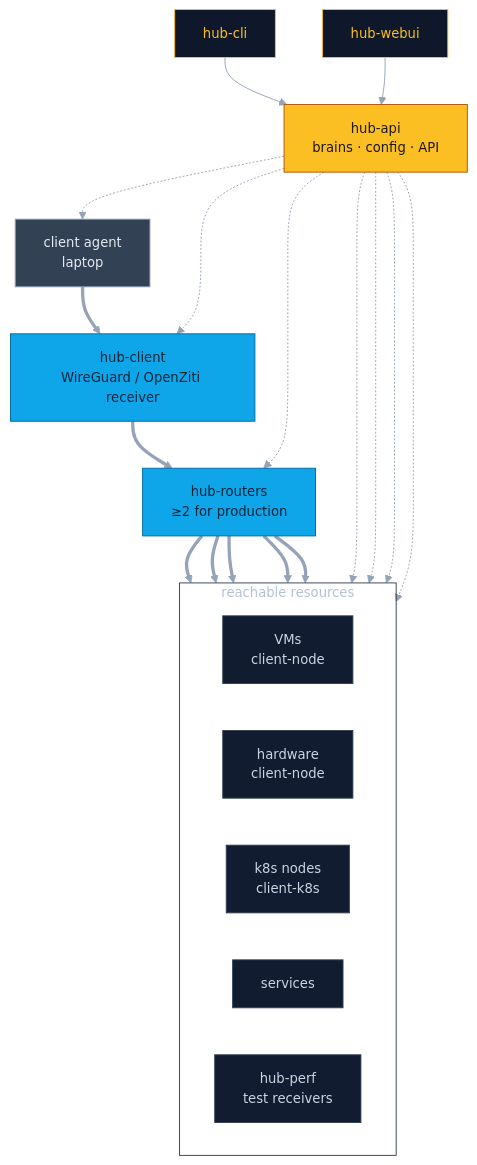
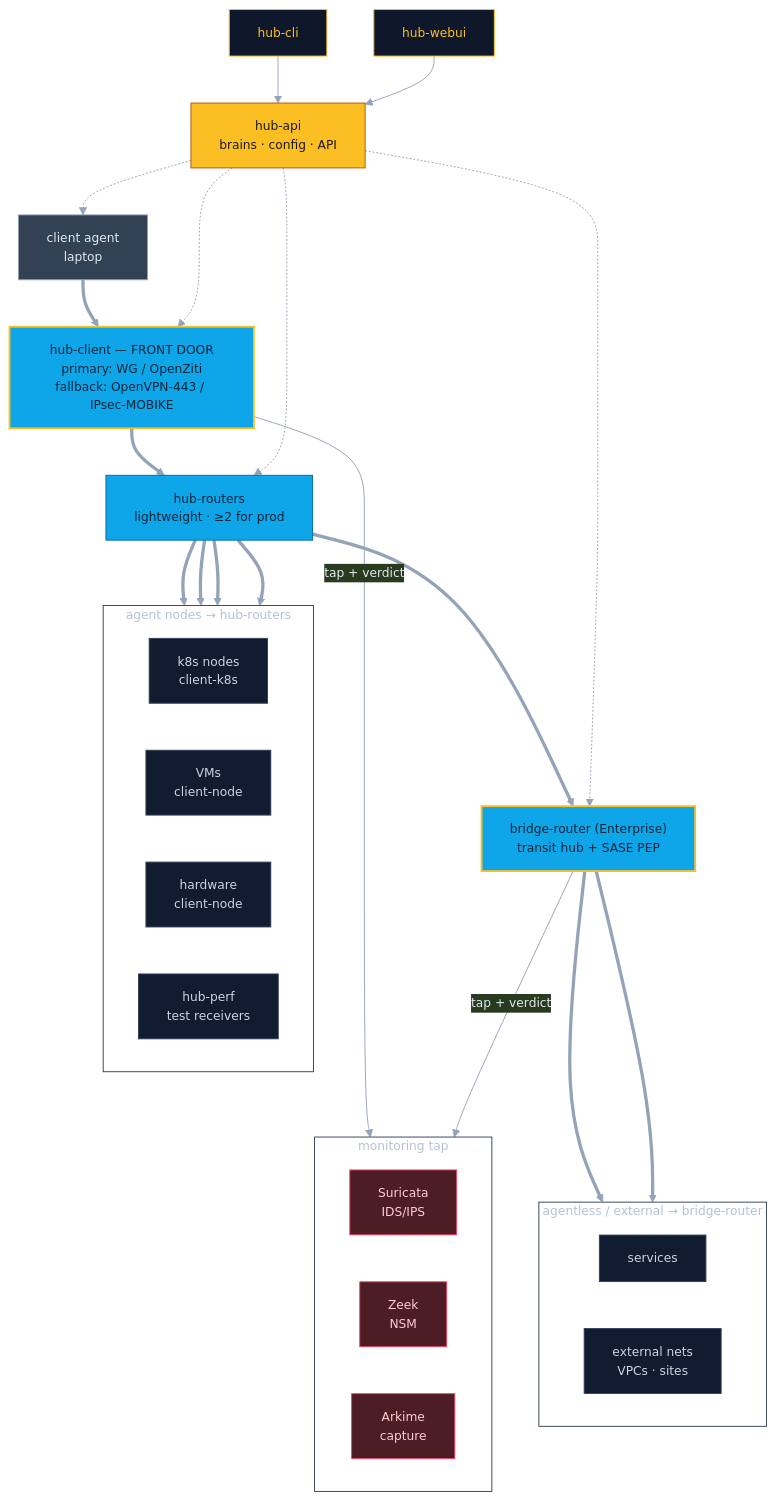
One commit to penguintechinc/tobogganing changed the diagram in docs/architecture/hub-network-topology.md. Above: the diagram before and after it, drawn with Mermaid. The commit also changed other lines of this file and 2 other files, not shown here.

Commit message:
docs(arch): finalize hub-* target architecture + P-A plan
Spec now covers: hub-client front door (primary WG/OpenZiti, fallback
OpenVPN-443/IPsec-MOBIKE; contractors, S2S IPsec, future Guacamole
clientless), bridge-router (Enterprise; NCC/TGW transit + SASE PEP),
lightweight hub-routers, Inspection Point archetype (Envoy or custom
Rust/Go + Suricata/Zeek/Arkime tap), connect-token enrollment (hostile
territory), Gough/Cilium scope boundary. Refresh network diagram. Add
P-A (Quart brain consolidation) implementation plan.

````diff
--- a/docs/architecture/hub-network-topology.md
+++ b/docs/architecture/hub-network-topology.md
@@ -6,48 +6,67 @@
 ```mermaid
-%%{init: {'theme':'base','themeVariables':{'background':'transparent','primaryColor':'#1e293b','primaryTextColor':'#e2e8f0','primaryBorderColor':'#475569','lineColor':'#94a3b8','fontFamily':'ui-monospace, SFMono-Regular, Menlo, monospace','fontSize':'14px','clusterBkg':'transparent','clusterBorder':'#334155'}}}%%
+%%{init: {'theme':'base','themeVariables':{'background':'transparent','primaryColor':'#1e293b','primaryTextColor':'#e2e8f0','primaryBorderColor':'#475569','lineColor':'#94a3b8','fontFamily':'ui-monospace, SFMono-Regular, Menlo, monospace','fontSize':'13px','clusterBkg':'transparent','clusterBorder':'#334155'}}}%%
 flowchart TB
   cli["hub-cli"]
   webui["hub-webui"]
   api["hub-api<br/>brains · config · API"]
   cli --> api
   webui --> api
 
   laptop["client agent<br/>laptop"]
-  hubclient["hub-client<br/>WireGuard / OpenZiti receiver"]
-  routers["hub-routers<br/>&ge;2 for production"]
+  hubclient["hub-client — FRONT DOOR<br/>primary: WG / OpenZiti<br/>fallback: OpenVPN-443 / IPsec-MOBIKE"]
+  routers["hub-routers<br/>lightweight · &ge;2 for prod"]
+  bridge["bridge-router (Enterprise)<br/>transit hub + SASE PEP"]
+
   laptop ==> hubclient
   hubclient ==> routers
 
-  subgraph resources["reachable resources"]
+  subgraph agentnodes["agent nodes → hub-routers"]
     direction LR
+    k8s["k8s nodes<br/>client-k8s"]
     vms["VMs<br/>client-node"]
     hw["hardware<br/>client-node"]
-    k8s["k8s nodes<br/>client-k8s"]
-    svcs["services"]
     perf["hub-perf<br/>test receivers"]
   end
+  routers ==> k8s
   routers ==> vms
   routers ==> hw
-  routers ==> k8s
-  routers ==> svcs
   routers ==> perf
+
+  subgraph external["agentless / external → bridge-router"]
+    direction LR
+    svcs["services"]
+    extnet["external nets<br/>VPCs · sites"]
+  end
+  routers ==> bridge
+  bridge ==> svcs
+  bridge ==> extnet
+
+  subgraph sensors["monitoring tap"]
+    direction LR
+    suricata["Suricata<br/>IDS/IPS"]
+    zeek["Zeek<br/>NSM"]
+    arkime["Arkime<br/>capture"]
+  end
+  hubclient -->|tap + verdict| sensors
+  bridge -->|tap + verdict| sensors
 
   api -.-> laptop
   api -.-> hubclient
   api -.-> routers
-  api -.-> vms
-  api -.-> hw
-  api -.-> k8s
-  api -.-> perf
+  api -.-> bridge
 
   classDef brain fill:#fbbf24,stroke:#b45309,color:#1c1917;
   classDef overlay fill:#0f172a,stroke:#fbbf24,color:#fbbf24;
+  classDef inspect fill:#0ea5e9,stroke:#fbbf24,color:#04263a,stroke-width:2px;
   classDef hub fill:#0ea5e9,stroke:#0369a1,color:#04263a;
   classDef client fill:#334155,stroke:#94a3b8,color:#e2e8f0;
   classDef res fill:#111c30,stroke:#334155,color:#cbd5e1;
+  classDef sensor fill:#4c1d24,stroke:#f43f5e,color:#fecdd3;
   class api brain;
   class cli,webui overlay;
-  class hubclient,routers hub;
+  class hubclient,bridge inspect;
+  class routers hub;
   class laptop client;
-  class vms,hw,k8s,svcs,perf res;
+  class k8s,vms,hw,perf,svcs,extnet res;
+  class suricata,zeek,arkime sensor;
 ```
````
